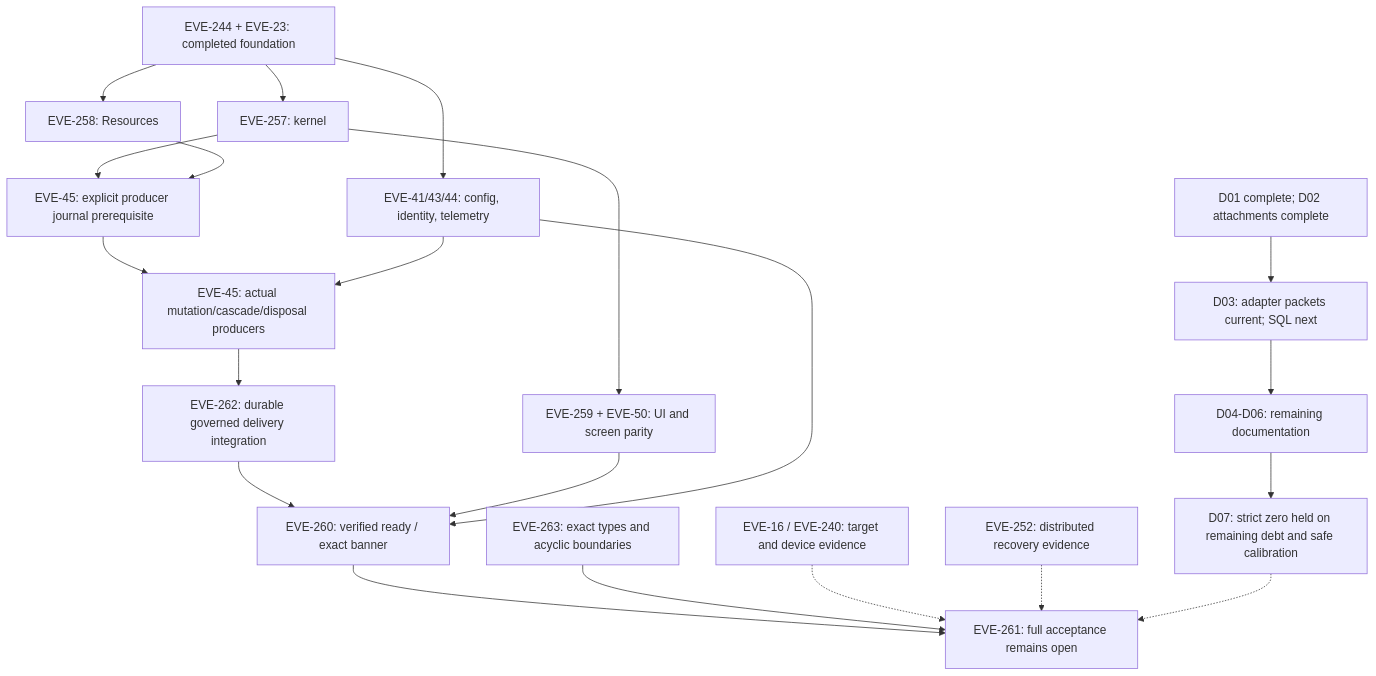
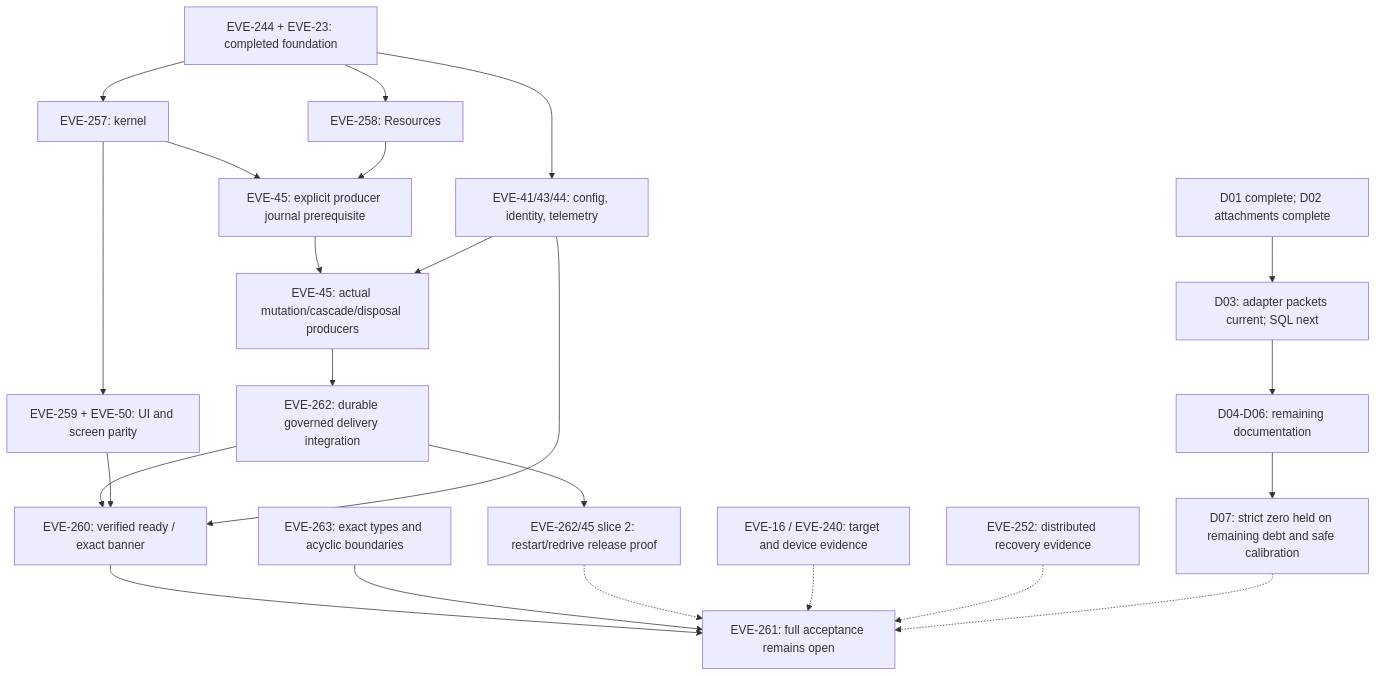
One commit to Resnovas/Eventiva changed the first of 2 diagrams in docs/planning/timeline.md. Above: the diagram before and after it, drawn with Mermaid. The commit also changed other lines of this file and 13 other files, not shown here.

First line of the commit message:
test(hooks): prove release reauthorization after restart for EVE-262

````diff
--- a/docs/planning/timeline.md
+++ b/docs/planning/timeline.md
@@ -136,36 +136,39 @@
 ```mermaid
 flowchart TD
     F["EVE-244 + EVE-23: completed foundation"] --> K["EVE-257: kernel"]
     F --> R["EVE-258: Resources"]
     F --> C["EVE-41/43/44: config, identity, telemetry"]
     K --> J["EVE-45: explicit producer journal prerequisite"]
     R --> J
     J --> P["EVE-45: actual mutation/cascade/disposal producers"]
     C --> P
     P --> H["EVE-262: durable governed delivery integration"]
+    H --> HR["EVE-262/45 slice 2: restart/redrive release proof"]
     K --> U["EVE-259 + EVE-50: UI and screen parity"]
     H --> B["EVE-260: verified ready / exact banner"]
     U --> B
     C --> B
     B --> I["EVE-261: full acceptance remains open"]
     T["EVE-263: exact types and acyclic boundaries"] --> I
+    HR -.-> I
     N["EVE-16 / EVE-240: target and device evidence"] -.-> I
     D["EVE-252: distributed recovery evidence"] -.-> I
     DOC_A["D01 complete; D02 attachments complete"] --> DOC_B["D03: adapter packets current; SQL next"]
     DOC_B --> DOC_C["D04-D06: remaining documentation"]
     DOC_C --> DOC_D["D07: strict zero held on remaining debt and safe calibration"]
     DOC_D -.-> I
     click F "https://linear.app/resnovas/issue/EVE-244"
     click K "https://linear.app/resnovas/issue/EVE-257"
     click R "https://linear.app/resnovas/issue/EVE-258"
     click C "https://linear.app/resnovas/issue/EVE-44"
     click J "https://linear.app/resnovas/issue/EVE-45"
     click P "https://linear.app/resnovas/issue/EVE-45"
     click H "https://linear.app/resnovas/issue/EVE-262"
+    click HR "https://linear.app/resnovas/issue/EVE-262"
     click U "https://linear.app/resnovas/issue/EVE-259"
     click B "https://linear.app/resnovas/issue/EVE-260"
     click I "https://linear.app/resnovas/issue/EVE-261"
     click T "https://linear.app/resnovas/issue/EVE-263"
     click N "https://linear.app/resnovas/issue/EVE-16"
     click D "https://linear.app/resnovas/issue/EVE-252"
 ```
````
